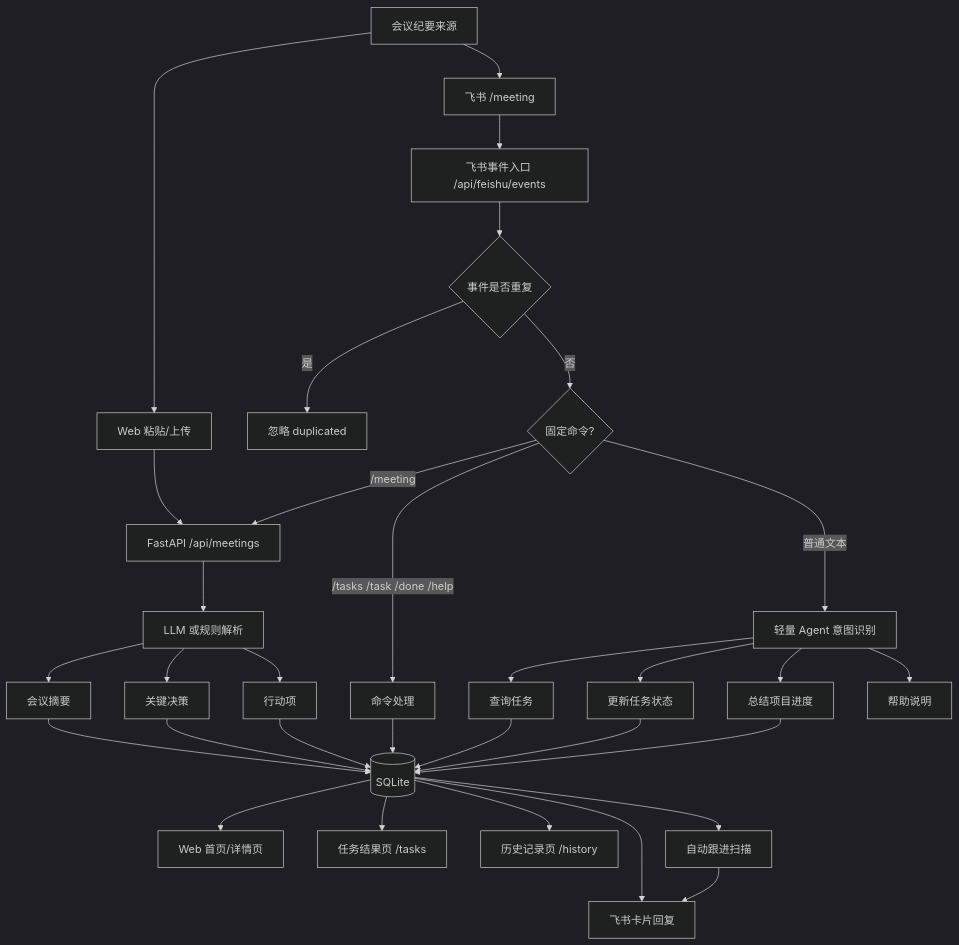
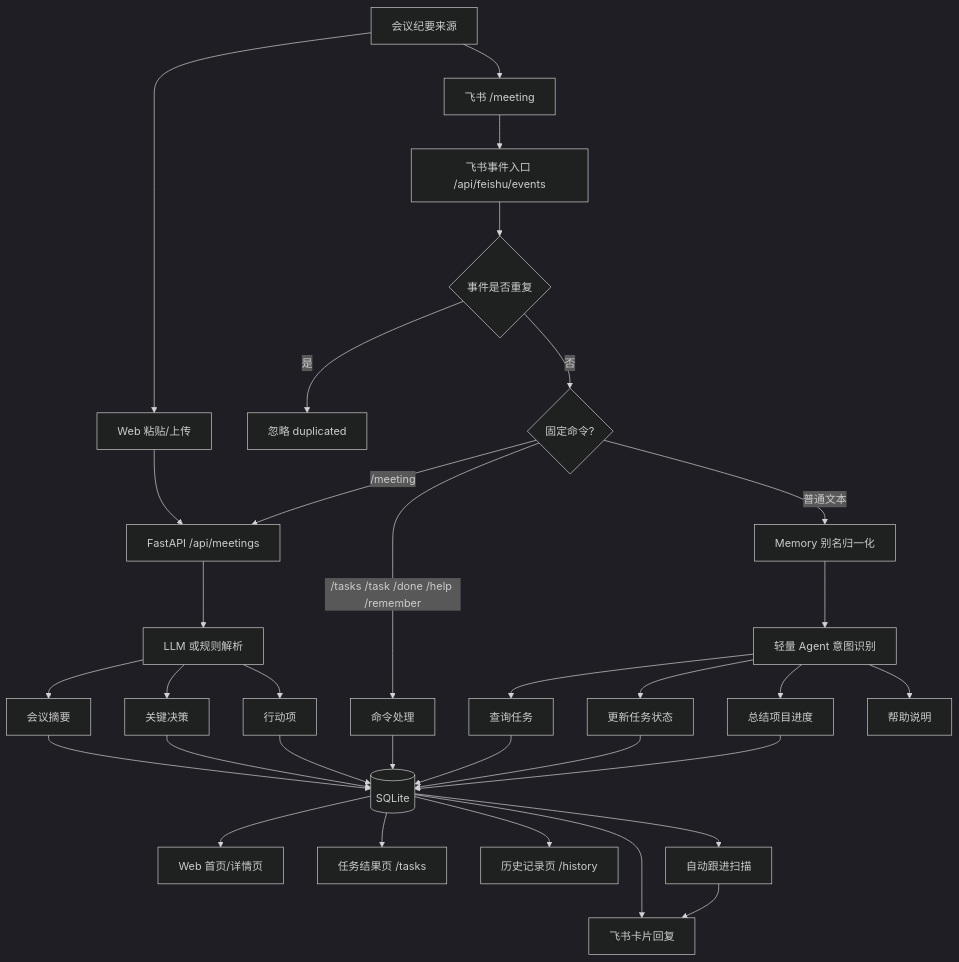
The first of 2 diagrams in README.md (Ping-z330/action_bridge), drawn with Mermaid (dark theme) before and after one commit. The commit also changed other lines of this file and 2 other files, not shown here.

Commit message:
docs: document memory commands in Feishu help

````diff
--- a/README.md
+++ b/README.md
@@ -30,43 +31,44 @@
 ```mermaid
 flowchart TD
     A[会议纪要来源] --> A1[Web 粘贴/上传]
     A --> A2[飞书 /meeting]
 
     A1 --> B[FastAPI /api/meetings]
     A2 --> C[飞书事件入口 /api/feishu/events]
 
     C --> C1{事件是否重复}
     C1 -->|是| C2[忽略 duplicated]
     C1 -->|否| D{固定命令?}
 
     D -->|/meeting| B
-    D -->|/tasks /task /done /help| E[命令处理]
-    D -->|普通文本| F[轻量 Agent 意图识别]
+    D -->|/tasks /task /done /help /remember| E[命令处理]
+    D -->|普通文本| F0[Memory 别名归一化]
+    F0 --> F[轻量 Agent 意图识别]
 
     B --> G[LLM 或规则解析]
     G --> G1[会议摘要]
     G --> G2[关键决策]
     G --> G3[行动项]
 
     G1 --> H[(SQLite)]
     G2 --> H
     G3 --> H
 
     F --> F1[查询任务]
     F --> F2[更新任务状态]
     F --> F3[总结项目进度]
     F --> F4[帮助说明]
 
     E --> H
     F1 --> H
     F2 --> H
     F3 --> H
 
     H --> I[Web 首页/详情页]
     H --> J[任务结果页 /tasks]
     H --> K[历史记录页 /history]
     H --> L[飞书卡片回复]
 
     H --> M[自动跟进扫描]
     M --> L
 ```
````
